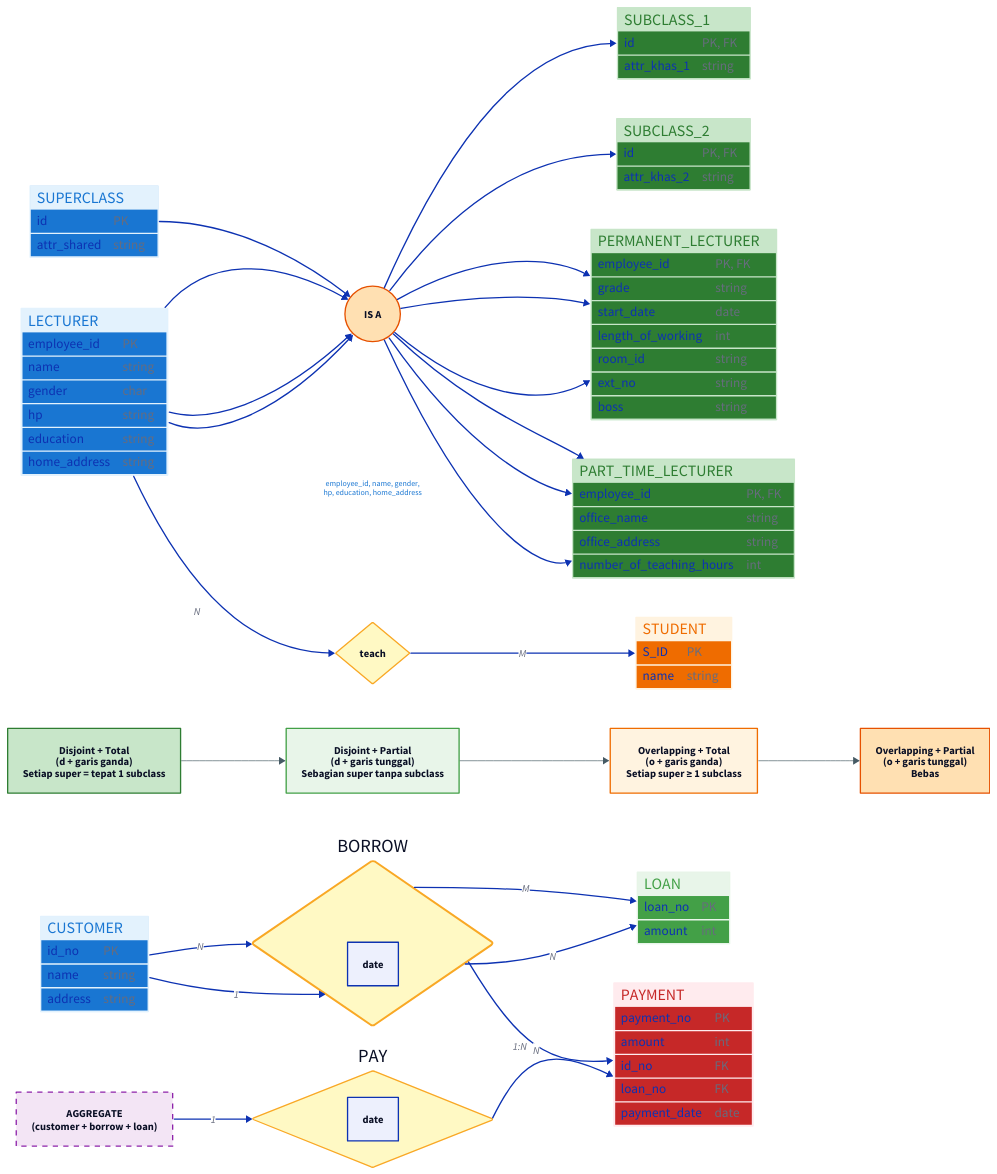
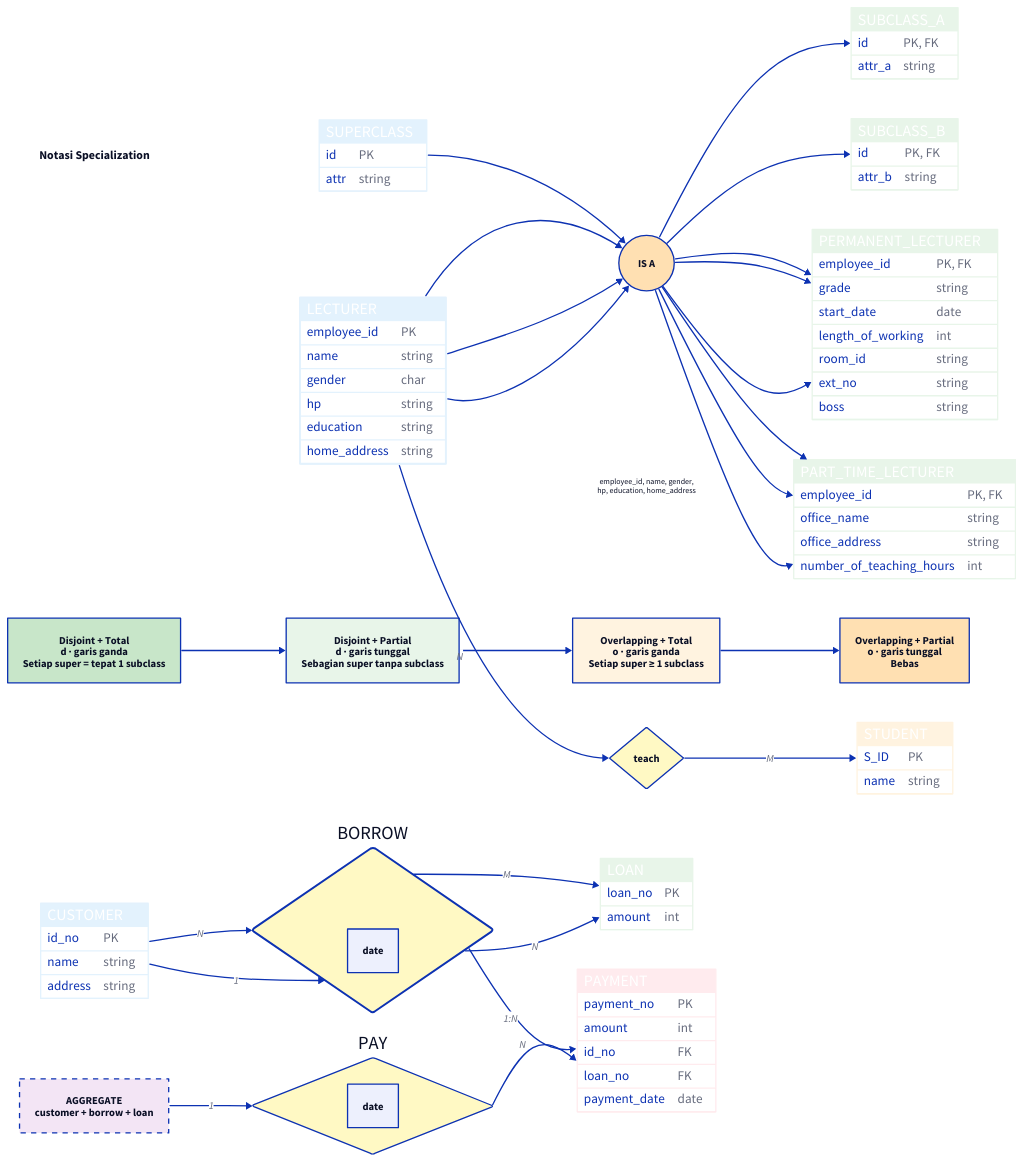
The diagram in d2-src/rpl106/pertemuan-3.d2 (mroczect/lectures), drawn with D2 before and after one commit. The commit also changed 1 other file, not shown here.

```diff
--- a/d2-src/rpl106/pertemuan-3.d2
+++ b/d2-src/rpl106/pertemuan-3.d2
@@ -1,196 +1,255 @@
-# ═════════════════════════════════════════════════════════════
-#  RPL106 — Pertemuan 3 · EER Diagram
-#  Semua marker `# ===== name =====` → static/d2/rpl106/pertemuan-3/<name>.svg
-# ═════════════════════════════════════════════════════════════
+direction: down
 
+title: "Notasi Specialization" {shape: text; style.font-size: 18; style.bold: true}
 
-# ===== eer-specialization =====
-direction: down
 super: SUPERCLASS {
   shape: sql_table
-  style: {fill: "#E3F2FD"; stroke: "#1976D2"; stroke-width: 2}
+  style.fill: "#E3F2FD"
   id: "PK"
-  attr_shared: "string"
+  attr: string
 }
-is_a: "IS A" {shape: circle; style: {fill: "#FFE0B2"; stroke: "#E65100"; stroke-width: 3; bold: true}}
-sub1: SUBCLASS_1 {
+
+is_a: "IS A" {shape: circle; style.fill: "#FFE0B2"; style.bold: true}
+
+sub1: SUBCLASS_A {
   shape: sql_table
-  style: {fill: "#C8E6C9"; stroke: "#2E7D32"; stroke-width: 2}
+  style.fill: "#E8F5E9"
   id: "PK, FK"
-  attr_khas_1: "string"
+  attr_a: string
 }
-sub2: SUBCLASS_2 {
+
+sub2: SUBCLASS_B {
   shape: sql_table
-  style: {fill: "#C8E6C9"; stroke: "#2E7D32"; stroke-width: 2}
+  style.fill: "#E8F5E9"
   id: "PK, FK"
-  attr_khas_2: "string"
+  attr_b: string
 }
+
 super -> is_a
 is_a -> sub1
 is_a -> sub2
 
+title -> super: {style.stroke: transparent}
 
-# ===== eer-specialization-lecturer =====
 direction: down
+
 lecturer: LECTURER {
   shape: sql_table
-  style: {fill: "#E3F2FD"; stroke: "#1976D2"; stroke-width: 3; bold: true}
+  style.fill: "#E3F2FD"
+  style.stroke-width: 3
   employee_id: "PK"
-  name: "string"
-  gender: "char"
-  hp: "string"
-  education: "string"
-  home_address: "string"
+  name: string
+  gender: char
+  hp: string
+  education: string
+  home_address: string
 }
-is_a: "IS A" {shape: circle; style: {fill: "#FFE0B2"; stroke: "#E65100"; stroke-width: 3; bold: true}}
+
+is_a: "IS A" {shape: circle; style.fill: "#FFE0B2"; style.bold: true}
+
 perm: PERMANENT_LECTURER {
   shape: sql_table
-  style: {fill: "#C8E6C9"; stroke: "#2E7D32"; stroke-width: 2}
+  style.fill: "#E8F5E9"
   employee_id: "PK, FK"
-  grade: "string"
-  start_date: "date"
-  length_of_working: "int"
-  room_id: "string"
-  ext_no: "string"
-  boss: "string"
+  grade: string
+  start_date: date
+  length_of_working: int
+  room_id: string
+  ext_no: string
+  boss: string
 }
+
 part: PART_TIME_LECTURER {
   shape: sql_table
-  style: {fill: "#C8E6C9"; stroke: "#2E7D32"; stroke-width: 2}
+  style.fill: "#E8F5E9"
   employee_id: "PK, FK"
-  office_name: "string"
-  office_address: "string"
-  number_of_teaching_hours: "int"
+  office_name: string
+  office_address: string
+  number_of_teaching_hours: int
 }
+
 lecturer -> is_a
 is_a -> perm
 is_a -> part
 
+direction: down
 
-# ===== eer-attribute-inheritance =====
-direction: down
-lecturer: "LECTURER\n(shared attributes)" {shape: rectangle; style: {fill: "#E3F2FD"; stroke: "#1976D2"; stroke-width: 3; bold: true}}
-shared: "employee_id, name, gender,\nhp, education, home_address" {shape: text; style: {font-size: 12; font-color: "#1976D2"}}
-is_a: "IS A" {shape: circle; style: {fill: "#FFE0B2"; stroke: "#E65100"; stroke-width: 3; bold: true}}
-perm: "PERMANENT_LECTURER\n(inherits ALL + adds)\ngrade, start_date, length_of_working,\nroom_id, ext_no, boss" {shape: rectangle; style: {fill: "#C8E6C9"; stroke: "#2E7D32"; stroke-width: 2}}
-part: "PART_TIME_LECTURER\n(inherits ALL + adds)\noffice_name, office_address,\nnumber_of_teaching_hours" {shape: rectangle; style: {fill: "#C8E6C9"; stroke: "#2E7D32"; stroke-width: 2}}
-lecturer -> is_a
-is_a -> perm
-is_a -> part
+lecturer: "LECTURER" {
+  shape: rectangle
+  style.fill: "#E3F2FD"
+  style.stroke-width: 3
+  style.bold: true
+}
+
+shared: "employee_id, name, gender,\nhp, education, home_address" {
+  shape: text
+  style.font-size: 12
+}
+
+is_a: "IS A" {shape: circle; style.fill: "#FFE0B2"; style.bold: true}
+
+perm: "PERMANENT_LECTURER\ngrade, start_date, length_of_working,\nroom_id, ext_no, boss" {
+  shape: rectangle
+  style.fill: "#E8F5E9"
+}
+
+part: "PART_TIME_LECTURER\noffice_name, office_address,\nnumber_of_teaching_hours" {
+  shape: rectangle
+  style.fill: "#E8F5E9"
+}
+
 lecturer -> shared: {style.stroke: transparent}
-
-
-# ===== eer-relationship-inheritance =====
-direction: right
-lecturer: LECTURER {
-  shape: sql_table
-  style: {fill: "#E3F2FD"; stroke: "#1976D2"; stroke-width: 3}
-  employee_id: "PK"
-  name: "string"
-}
-teach: teach {shape: diamond; style: {fill: "#FFF9C4"; stroke: "#F9A825"; stroke-width: 2}}
-student: STUDENT {
-  shape: sql_table
-  style: {fill: "#FFF3E0"; stroke: "#EF6C00"; stroke-width: 2}
-  S_ID: "PK"
-  name: "string"
-}
-is_a: "IS A" {shape: circle; style: {fill: "#FFE0B2"; stroke: "#E65100"; stroke-width: 2; bold: true}}
-perm: PERMANENT_LECTURER {
-  shape: sql_table
-  style: {fill: "#C8E6C9"; stroke: "#2E7D32"; stroke-width: 2}
-  employee_id: "PK, FK"
-  grade: "string"
-}
-part: PART_TIME_LECTURER {
-  shape: sql_table
-  style: {fill: "#C8E6C9"; stroke: "#2E7D32"; stroke-width: 2}
-  employee_id: "PK, FK"
-  office_name: "string"
-}
-lecturer -> teach: "N"
-teach -> student: "M"
 lecturer -> is_a
 is_a -> perm
 is_a -> part
 
+direction: right
 
-# ===== eer-constraints =====
+lecturer: LECTURER {
+  shape: sql_table
+  style.fill: "#E3F2FD"
+  style.stroke-width: 3
+  employee_id: "PK"
+  name: string
+}
+
+teach: teach {shape: diamond; style.fill: "#FFF9C4"}
+
+student: STUDENT {
+  shape: sql_table
+  style.fill: "#FFF3E0"
+  S_ID: "PK"
+  name: string
+}
+
+is_a: "IS A" {shape: circle; style.fill: "#FFE0B2"; style.bold: true}
+
+perm: PERMANENT_LECTURER {
+  shape: sql_table
+  style.fill: "#E8F5E9"
+  employee_id: "PK, FK"
+  grade: string
+}
+
+part: PART_TIME_LECTURER {
+  shape: sql_table
+  style.fill: "#E8F5E9"
+  employee_id: "PK, FK"
+  office_name: string
+}
+
+lecturer -> teach: N
+teach -> student: M
+lecturer -> is_a
+is_a -> perm
+is_a -> part
+
 direction: down
-case_dt: "Disjoint + Total\n(d + garis ganda)\nSetiap super = tepat 1 subclass" {shape: rectangle; style: {fill: "#C8E6C9"; stroke: "#2E7D32"; stroke-width: 2}}
-case_dp: "Disjoint + Partial\n(d + garis tunggal)\nSebagian super tanpa subclass" {shape: rectangle; style: {fill: "#E8F5E9"; stroke: "#43A047"; stroke-width: 2}}
-case_ot: "Overlapping + Total\n(o + garis ganda)\nSetiap super ≥ 1 subclass" {shape: rectangle; style: {fill: "#FFF3E0"; stroke: "#EF6C00"; stroke-width: 2}}
-case_op: "Overlapping + Partial\n(o + garis tunggal)\nBebas" {shape: rectangle; style: {fill: "#FFE0B2"; stroke: "#E65100"; stroke-width: 2}}
-case_dt -> case_dp -> case_ot -> case_op: {style.stroke: "#455A64"; style.stroke-width: 1}
 
+case_dt: "Disjoint + Total\nd · garis ganda\nSetiap super = tepat 1 subclass" {
+  shape: rectangle
+  style.fill: "#C8E6C9"
+}
 
-# ===== eer-aggregation =====
+case_dp: "Disjoint + Partial\nd · garis tunggal\nSebagian super tanpa subclass" {
+  shape: rectangle
+  style.fill: "#E8F5E9"
+}
+
+case_ot: "Overlapping + Total\no · garis ganda\nSetiap super ≥ 1 subclass" {
+  shape: rectangle
+  style.fill: "#FFF3E0"
+}
+
+case_op: "Overlapping + Partial\no · garis tunggal\nBebas" {
+  shape: rectangle
+  style.fill: "#FFE0B2"
+}
+
+case_dt -> case_dp -> case_ot -> case_op
+
 direction: down
+
 customer: CUSTOMER {
   shape: sql_table
-  style: {fill: "#E3F2FD"; stroke: "#1976D2"; stroke-width: 2}
+  style.fill: "#E3F2FD"
   id_no: "PK"
-  name: "string"
-  address: "string"
+  name: string
+  address: string
 }
+
 borrow: BORROW {
   shape: diamond
-  style: {fill: "#FFF9C4"; stroke: "#F9A825"; stroke-width: 3}
-  borrow_date: "date"
+  style.fill: "#FFF9C4"
+  style.stroke-width: 3
+  borrow_date: date
 }
+
 loan: LOAN {
   shape: sql_table
-  style: {fill: "#E8F5E9"; stroke: "#43A047"; stroke-width: 2}
+  style.fill: "#E8F5E9"
   loan_no: "PK"
-  amount: "int"
+  amount: int
 }
-aggregate_box: "AGGREGATE\n(customer + borrow + loan)" {shape: rectangle; style: {fill: "#F3E5F5"; stroke: "#8E24AA"; stroke-width: 2; stroke-dash: 4}}
+
+aggregate_box: "AGGREGATE\ncustomer + borrow + loan" {
+  shape: rectangle
+  style.fill: "#F3E5F5"
+  style.stroke-dash: 4
+}
+
 pay: PAY {
   shape: diamond
-  style: {fill: "#FFF9C4"; stroke: "#F9A825"; stroke-width: 2}
-  payment_date: "date"
+  style.fill: "#FFF9C4"
+  payment_date: date
 }
+
 payment: PAYMENT {
   shape: sql_table
-  style: {fill: "#FFEBEE"; stroke: "#C62828"; stroke-width: 3}
+  style.fill: "#FFEBEE"
   payment_no: "PK"
-  amount: "int"
+  amount: int
 }
-customer -> borrow: "N"
-borrow -> loan: "M"
+
+customer -> borrow: N
+borrow -> loan: M
 aggregate_box -> pay: "1"
-pay -> payment: "N"
+pay -> payment: N
 
+direction: right
 
-# ===== eer-bank-aggregation =====
-direction: right
 customer: CUSTOMER {
   shape: sql_table
-  style: {fill: "#E3F2FD"; stroke: "#1976D2"; stroke-width: 2}
+  style.fill: "#E3F2FD"
   id_no: "PK"
-  name: "string"
-  address: "string"
+  name: string
+  address: string
 }
+
 borrow: BORROW {
   shape: diamond
-  style: {fill: "#FFF9C4"; stroke: "#F9A825"; stroke-width: 3}
-  borrow_date: "date"
+  style.fill: "#FFF9C4"
+  style.stroke-width: 3
+  borrow_date: date
 }
+
 loan: LOAN {
   shape: sql_table
-  style: {fill: "#E8F5E9"; stroke: "#43A047"; stroke-width: 2}
+  style.fill: "#E8F5E9"
   loan_no: "PK"
-  amount: "int"
+  amount: int
 }
+
 payment: PAYMENT {
   shape: sql_table
-  style: {fill: "#FFEBEE"; stroke: "#C62828"; stroke-width: 3}
+  style.fill: "#FFEBEE"
   payment_no: "PK"
   id_no: "FK"
   loan_no: "FK"
-  payment_date: "date"
-  amount: "int"
+  payment_date: date
+  amount: int
 }
+
 customer -> borrow: "1"
-borrow -> loan: "N"
+borrow -> loan: N
 borrow -> payment: "1:N"
```
